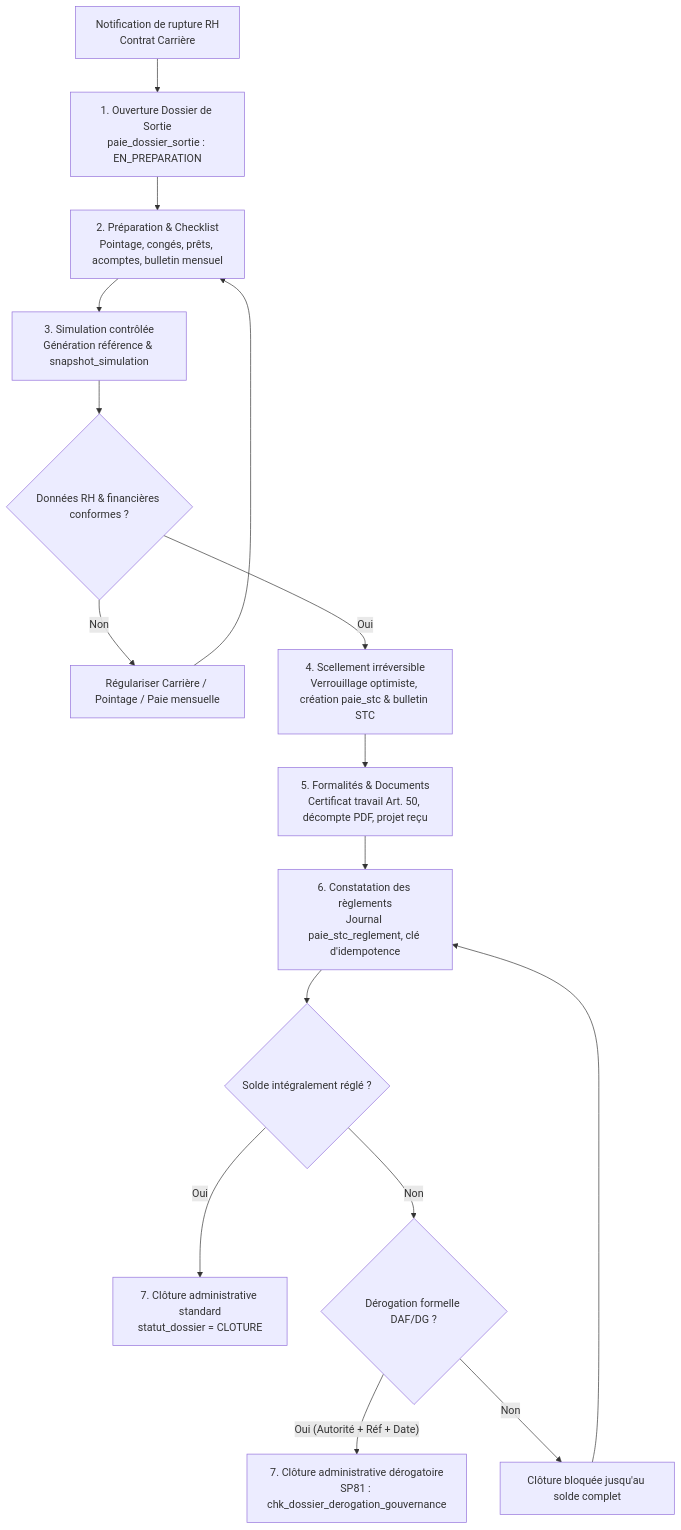
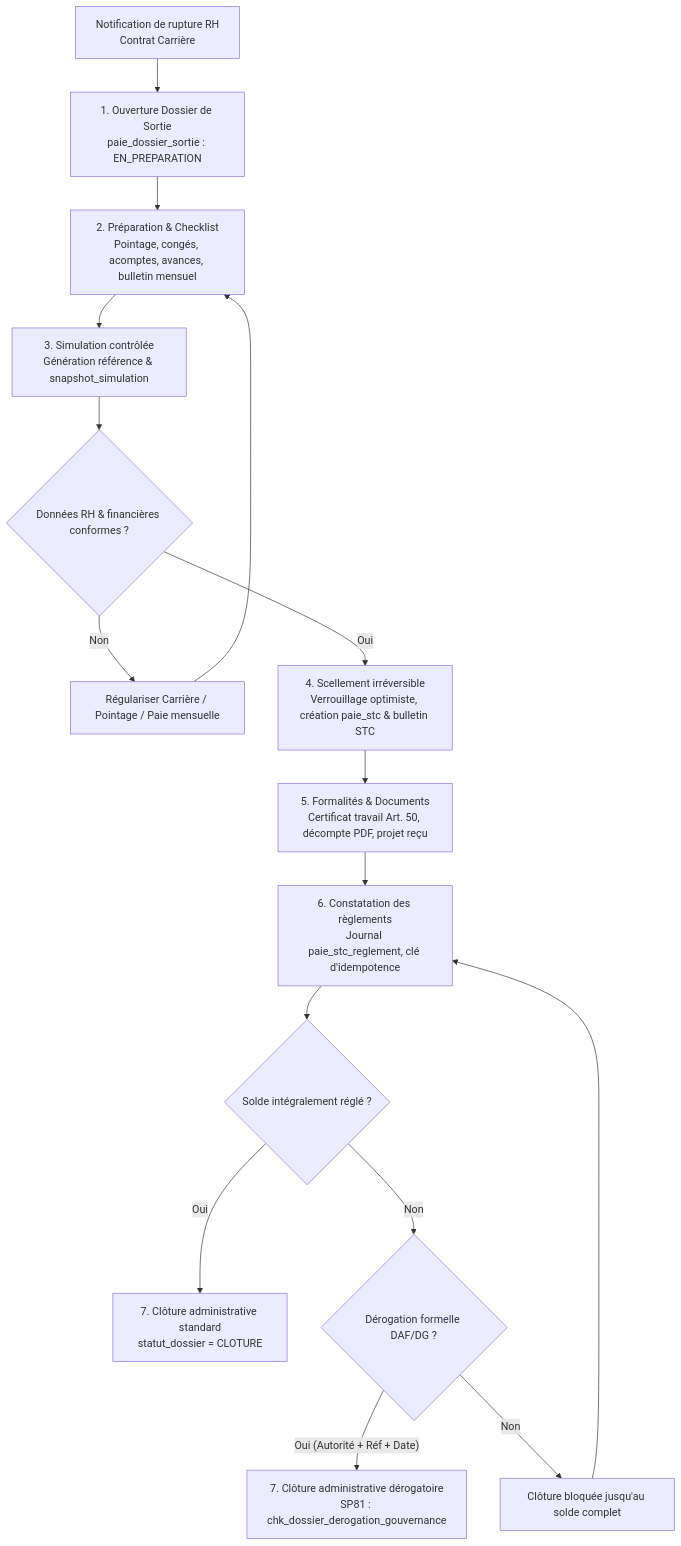
Before and after one commit to Tnyaina/GALAXAM-SIRH: the diagram in backend/docs/boky/module-paie.md, drawn with Mermaid. The commit also changed other lines of this file and 128 other files, not shown here.

````diff
--- a/backend/docs/boky/module-paie.md
+++ b/backend/docs/boky/module-paie.md
@@ -305,18 +397,18 @@
 ```mermaid
 flowchart TD
     A[Notification de rupture RH<br/>Contrat Carrière] --> B[1. Ouverture Dossier de Sortie<br/>paie_dossier_sortie : EN_PREPARATION]
-    B --> C[2. Préparation & Checklist<br/>Pointage, congés, prêts, acomptes, bulletin mensuel]
+    B --> C[2. Préparation & Checklist<br/>Pointage, congés, acomptes, avances, bulletin mensuel]
     C --> D[3. Simulation contrôlée<br/>Génération référence & snapshot_simulation]
     D --> E{Données RH & financières conformes ?}
     E -- Non --> F[Régulariser Carrière / Pointage / Paie mensuelle]
     F --> C
     E -- Oui --> G[4. Scellement irréversible<br/>Verrouillage optimiste, création paie_stc & bulletin STC]
     G --> H[5. Formalités & Documents<br/>Certificat travail Art. 50, décompte PDF, projet reçu]
     H --> I[6. Constatation des règlements<br/>Journal paie_stc_reglement, clé d'idempotence]
     I --> J{Solde intégralement réglé ?}
     J -- Oui --> K[7. Clôture administrative standard<br/>statut_dossier = CLOTURE]
     J -- Non --> L{Dérogation formelle DAF/DG ?}
     L -- Oui (Autorité + Réf + Date) --> M[7. Clôture administrative dérogatoire<br/>SP81 : chk_dossier_derogation_gouvernance]
     L -- Non --> N[Clôture bloquée jusqu'au solde complet]
     N --> I
 ```
````
